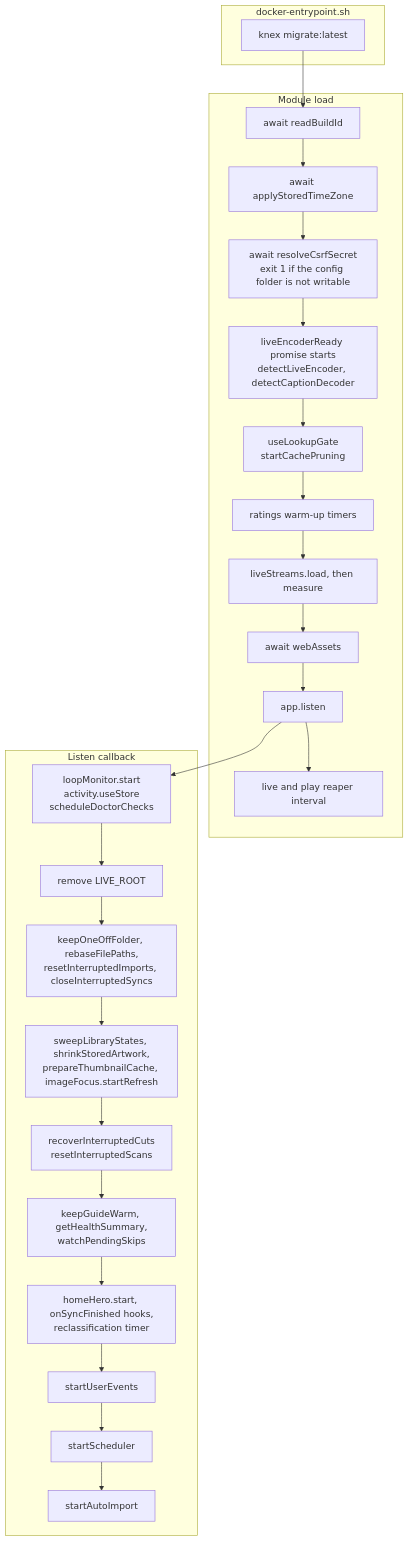
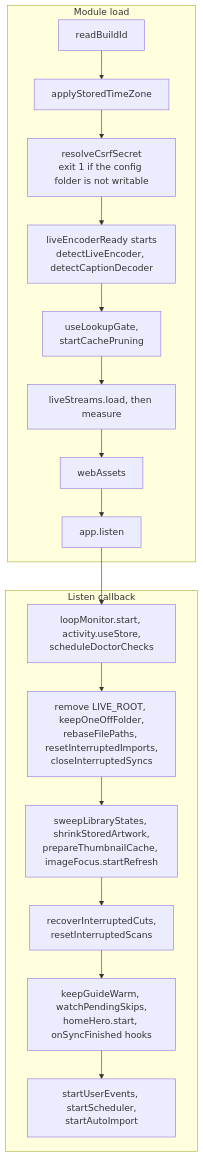
The third of 9 diagrams in docs/DEEP_DIVE.md (furey/freetvarr), drawn with Mermaid before and after one commit. The commit also changed other lines of this file, not shown here.

Commit message:
Tightened the technical deep dive to the module map, data model, main flows, contracts, and limits, split the architecture diagram into modules and external data paths, and corrected the facts that failed a code check.

````diff
--- a/docs/DEEP_DIVE.md
+++ b/docs/DEEP_DIVE.md
@@ -143,35 +158,23 @@
 ```mermaid
 flowchart TD
-  subgraph entry["docker-entrypoint.sh"]
-    migrate["knex migrate:latest"]
+  subgraph load["Module load"]
+    build["readBuildId"]
+    tz["applyStoredTimeZone"]
+    csrf["resolveCsrfSecret<br>exit 1 if the config folder is not writable"]
+    enc["liveEncoderReady starts<br>detectLiveEncoder, detectCaptionDecoder"]
+    gate["useLookupGate,<br>startCachePruning"]
+    bench["liveStreams.load, then measure"]
+    web["webAssets"]
+    listen["app.listen"]
   end
-
-  subgraph load["Module load"]
-    build["await readBuildId"]
-    tz["await applyStoredTimeZone"]
-    csrf["await resolveCsrfSecret<br>exit 1 if the config folder is not writable"]
-    enc["liveEncoderReady promise starts<br>detectLiveEncoder, detectCaptionDecoder"]
-    gate["useLookupGate<br>startCachePruning"]
-    warm["ratings warm-up timers"]
-    bench["liveStreams.load, then measure"]
-    web["await webAssets"]
-    listen["app.listen"]
-    reaper["live and play reaper interval"]
+  subgraph callback["Listen callback"]
+    loop["loopMonitor.start, activity.useStore,<br>scheduleDoctorChecks"]
+    reconcile["remove LIVE_ROOT, keepOneOffFolder,<br>rebaseFilePaths, resetInterruptedImports,<br>closeInterruptedSyncs"]
+    sweep["sweepLibraryStates, shrinkStoredArtwork,<br>prepareThumbnailCache, imageFocus.startRefresh"]
+    adrec["recoverInterruptedCuts,<br>resetInterruptedScans"]
+    warm["keepGuideWarm, watchPendingSkips,<br>homeHero.start, onSyncFinished hooks"]
+    start["startUserEvents, startScheduler,<br>startAutoImport"]
   end
-
-  subgraph callback["Listen callback"]
-    loop["loopMonitor.start<br>activity.useStore<br>scheduleDoctorChecks"]
-    rm["remove LIVE_ROOT"]
-    reconcile["keepOneOffFolder, rebaseFilePaths,<br>resetInterruptedImports, closeInterruptedSyncs"]
-    sweep["sweepLibraryStates, shrinkStoredArtwork,<br>prepareThumbnailCache, imageFocus.startRefresh"]
-    adrec["recoverInterruptedCuts<br>resetInterruptedScans"]
-    guidewarm["keepGuideWarm, getHealthSummary,<br>watchPendingSkips"]
-    hero["homeHero.start, onSyncFinished hooks,<br>reclassification timer"]
-    events["startUserEvents"]
-    sched["startScheduler"]
-    autoimport["startAutoImport"]
-  end
-
-  migrate --> build --> tz --> csrf --> enc --> gate --> warm --> bench --> web --> listen --> reaper
-  listen --> loop --> rm --> reconcile --> sweep --> adrec --> guidewarm --> hero --> events --> sched --> autoimport
+  build --> tz --> csrf --> enc --> gate --> bench --> web --> listen
+  listen --> loop --> reconcile --> sweep --> adrec --> warm --> start
 ```
````
